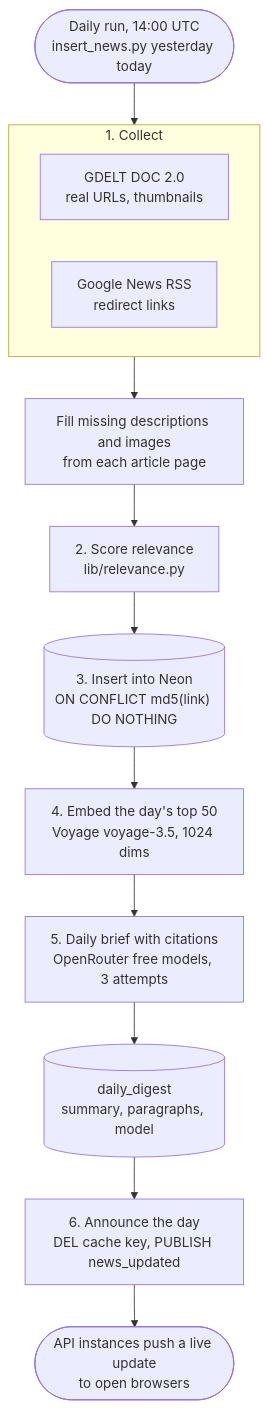
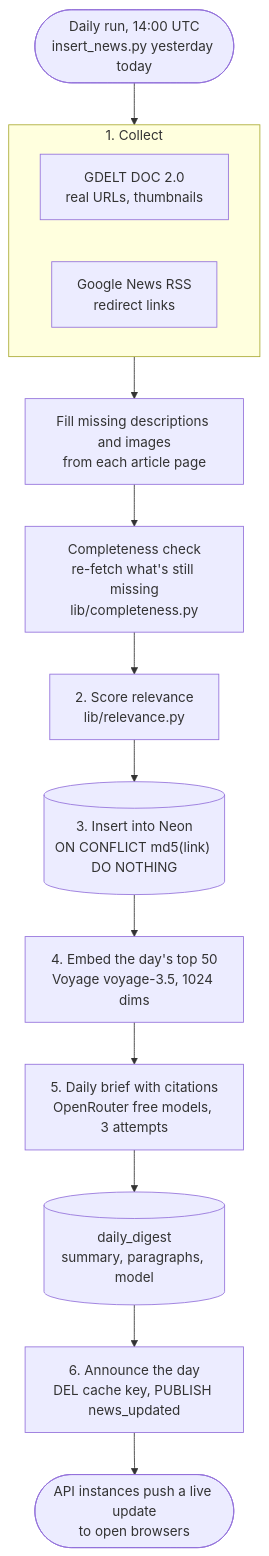
Before and after one commit to harshaldafade/trump-of-the-day-server: the diagram in README.md, drawn with Mermaid. The commit also changed other lines of this file and 8 other files, not shown here.

````diff
--- a/README.md
+++ b/README.md
@@ -26,16 +26,17 @@
 ```mermaid
 flowchart TD
   start(["Daily run, 14:00 UTC<br/>insert_news.py yesterday today"]) --> scrape
   subgraph scrape["1. Collect"]
     g["GDELT DOC 2.0<br/>real URLs, thumbnails"]
     r["Google News RSS<br/>redirect links"]
   end
   scrape --> meta["Fill missing descriptions and images<br/>from each article page"]
-  meta --> score["2. Score relevance<br/>lib/relevance.py"]
+  meta --> check["Completeness check<br/>re-fetch what's still missing<br/>lib/completeness.py"]
+  check --> score["2. Score relevance<br/>lib/relevance.py"]
   score --> ins[("3. Insert into Neon<br/>ON CONFLICT md5(link) DO NOTHING")]
   ins --> emb["4. Embed the day's top 50<br/>Voyage voyage-3.5, 1024 dims"]
   emb --> dig["5. Daily brief with citations<br/>OpenRouter free models, 3 attempts"]
   dig --> up[("daily_digest<br/>summary, paragraphs, model")]
   up --> ann["6. Announce the day<br/>DEL cache key, PUBLISH news_updated"]
   ann --> api(["API instances push a live update<br/>to open browsers"])
 ```
````
